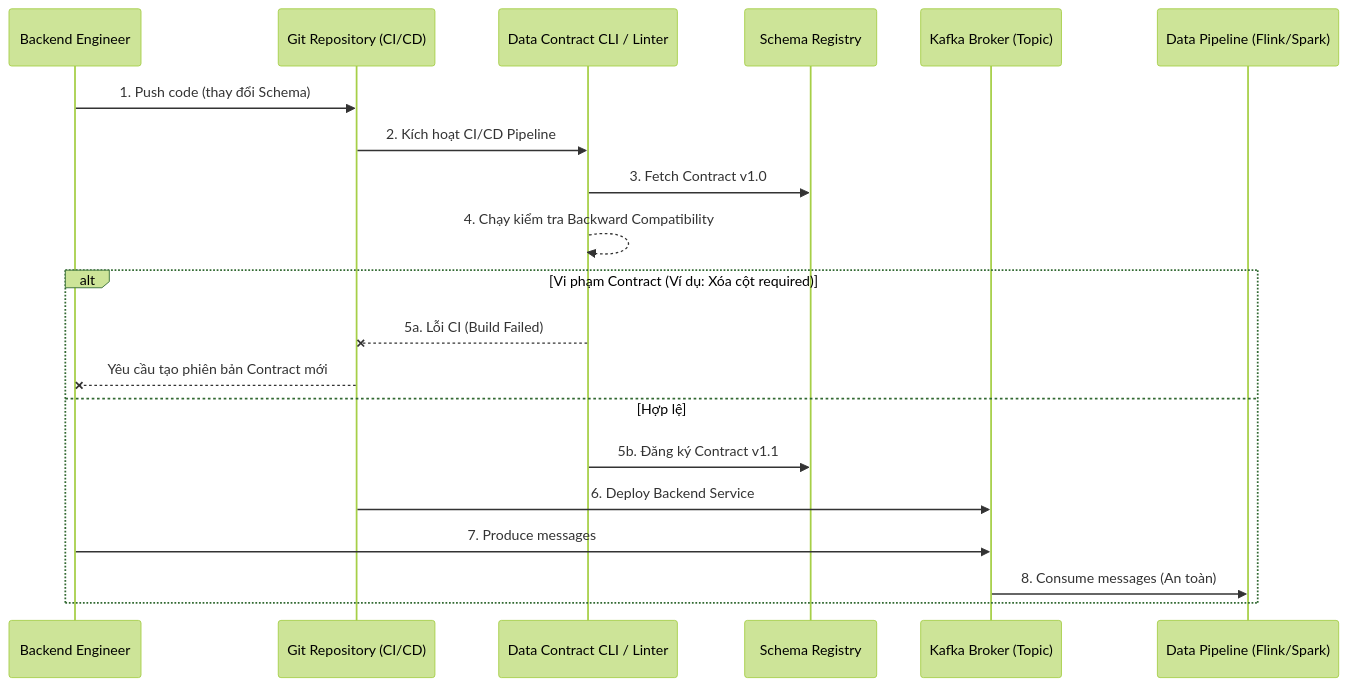
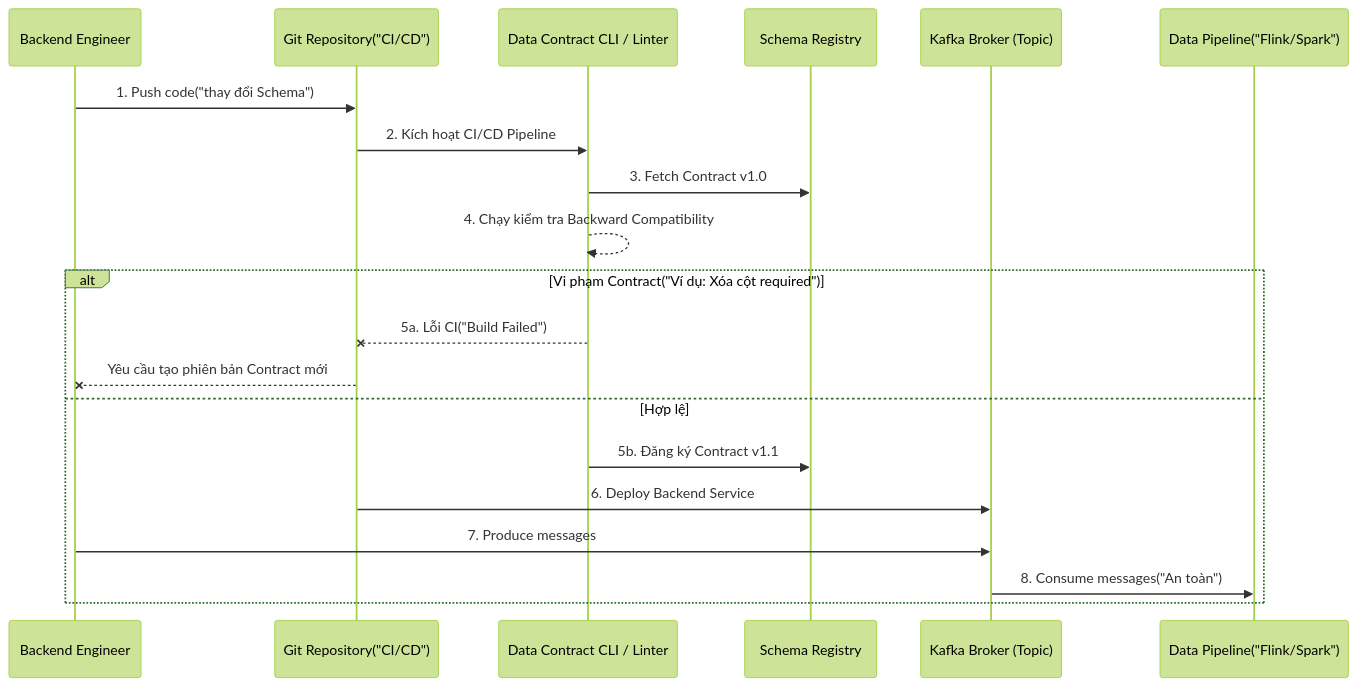
Before and after one commit to kythuatdulieu/kythuatdulieu.github.io: the diagram in src/content/docs/concepts/6-data-modeling-transformation/data-contract.md, drawn with Mermaid (forest theme). The commit also changed 190 other files, not shown here.

Commit message:
fix: resolve mermaid syntax, math rendering, and metadata issues from content rewrite

````diff
--- a/src/content/docs/concepts/6-data-modeling-transformation/data-contract.md
+++ b/src/content/docs/concepts/6-data-modeling-transformation/data-contract.md
@@ -22,24 +22,24 @@
 ```mermaid
 sequenceDiagram
     participant BE as Backend Engineer
-    participant Git as Git Repository (CI/CD)
+    participant Git as Git Repository("CI/CD")
     participant CLI as Data Contract CLI / Linter
     participant Reg as Schema Registry
     participant Kafka as Kafka Broker (Topic)
-    participant DE as Data Pipeline (Flink/Spark)
+    participant DE as Data Pipeline("Flink/Spark")
 
-    BE->>Git: 1. Push code (thay đổi Schema)
+    BE->>Git: 1. Push code("thay đổi Schema")
     Git->>CLI: 2. Kích hoạt CI/CD Pipeline
     CLI->>Reg: 3. Fetch Contract v1.0
     CLI-->>CLI: 4. Chạy kiểm tra Backward Compatibility
     
-    alt Vi phạm Contract (Ví dụ: Xóa cột required)
-        CLI--xGit: 5a. Lỗi CI (Build Failed)
+    alt Vi phạm Contract("Ví dụ: Xóa cột required")
+        CLI--xGit: 5a. Lỗi CI("Build Failed")
         Git--xBE: Yêu cầu tạo phiên bản Contract mới
     else Hợp lệ
         CLI->>Reg: 5b. Đăng ký Contract v1.1
         Git->>Kafka: 6. Deploy Backend Service
         BE->>Kafka: 7. Produce messages
-        Kafka->>DE: 8. Consume messages (An toàn)
+        Kafka->>DE: 8. Consume messages("An toàn")
     end
 ```
````
